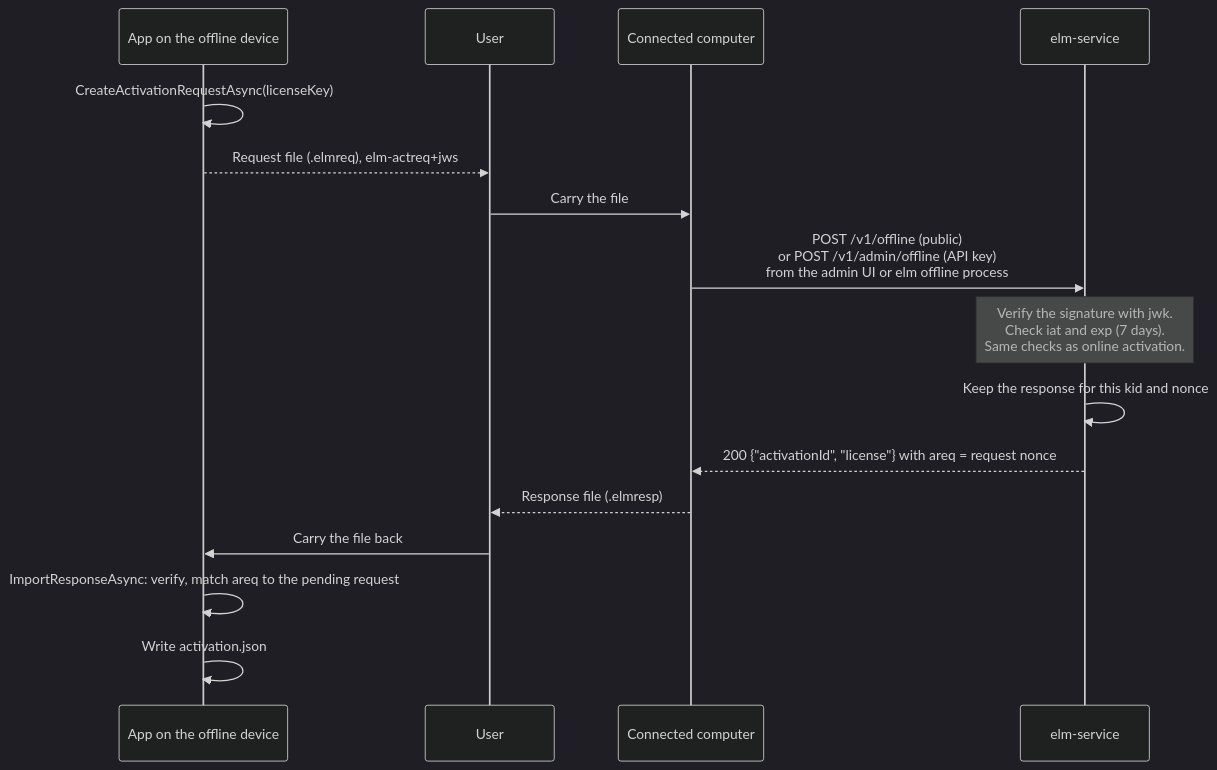
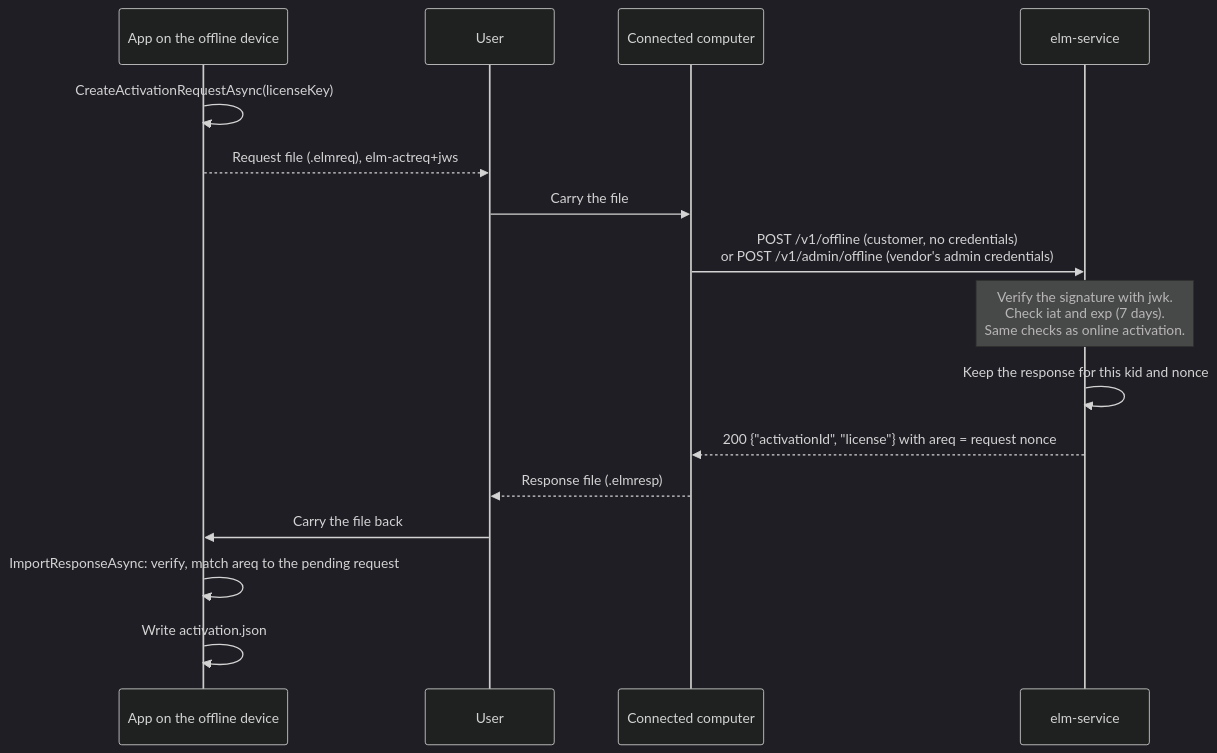
Before and after one commit to YUKIKEDA/ElasticLM: the third of 4 diagrams in docs/guide/explanation/activation.md, drawn with Mermaid (dark theme). The commit also changed other lines of this file and 17 other files, not shown here.

````diff
--- a/docs/guide/explanation/activation.md
+++ b/docs/guide/explanation/activation.md
@@ -106,18 +151,18 @@
 ```mermaid
 sequenceDiagram
     participant A as App on the offline device
     participant U as User
     participant C as Connected computer
     participant S as elm-service
     A->>A: CreateActivationRequestAsync(licenseKey)
     A-->>U: Request file (.elmreq), elm-actreq+jws
     U->>C: Carry the file
-    C->>S: POST /v1/offline (public)<br/>or POST /v1/admin/offline (API key)<br/>from the admin UI or elm offline process
+    C->>S: POST /v1/offline (customer, no credentials)<br/>or POST /v1/admin/offline (vendor's admin credentials)
     Note over S: Verify the signature with jwk.<br/>Check iat and exp (7 days).<br/>Same checks as online activation.
     S->>S: Keep the response for this kid and nonce
     S-->>C: 200 {"activationId", "license"} with areq = request nonce
     C-->>U: Response file (.elmresp)
     U->>A: Carry the file back
     A->>A: ImportResponseAsync: verify, match areq to the pending request
     A->>A: Write activation.json
 ```
````
